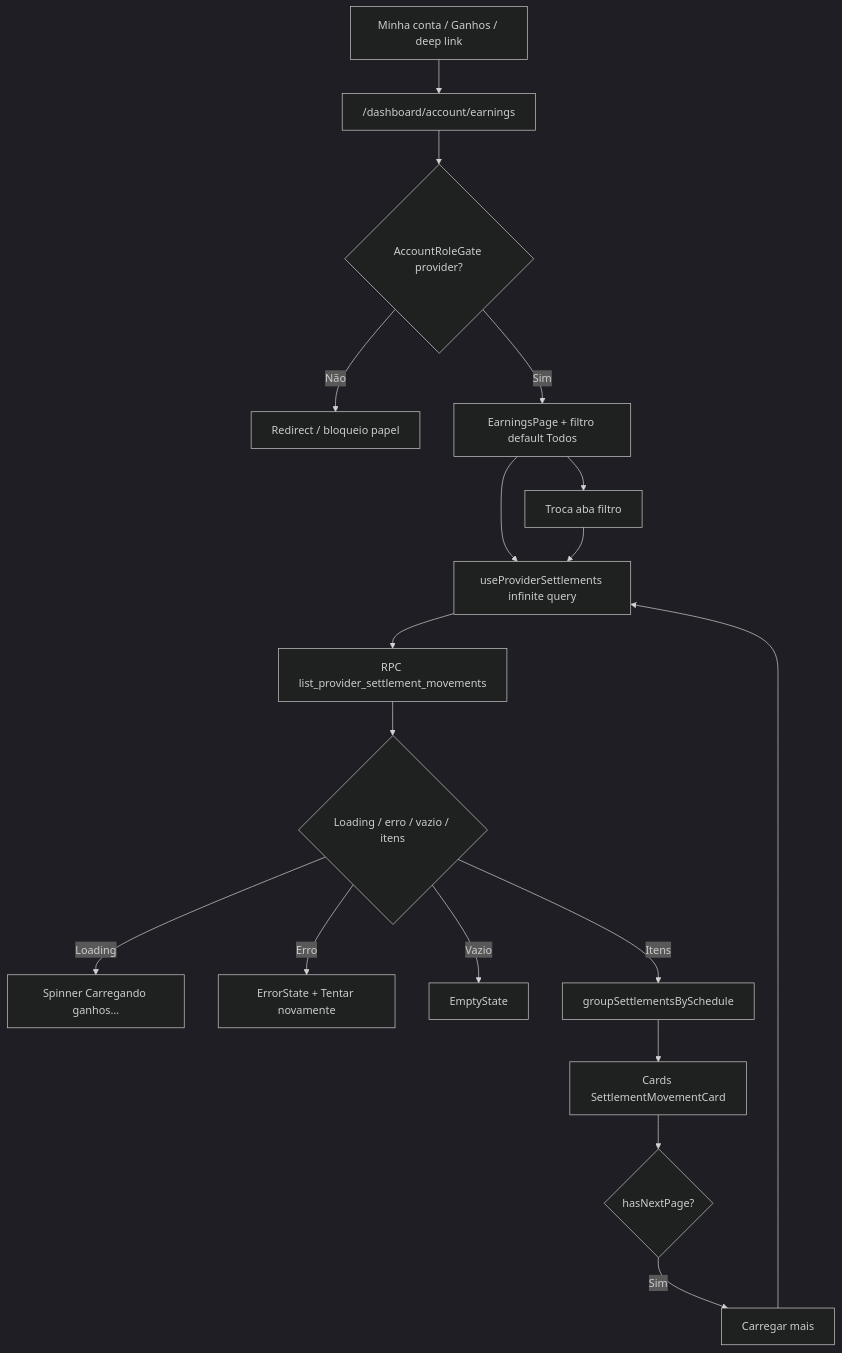
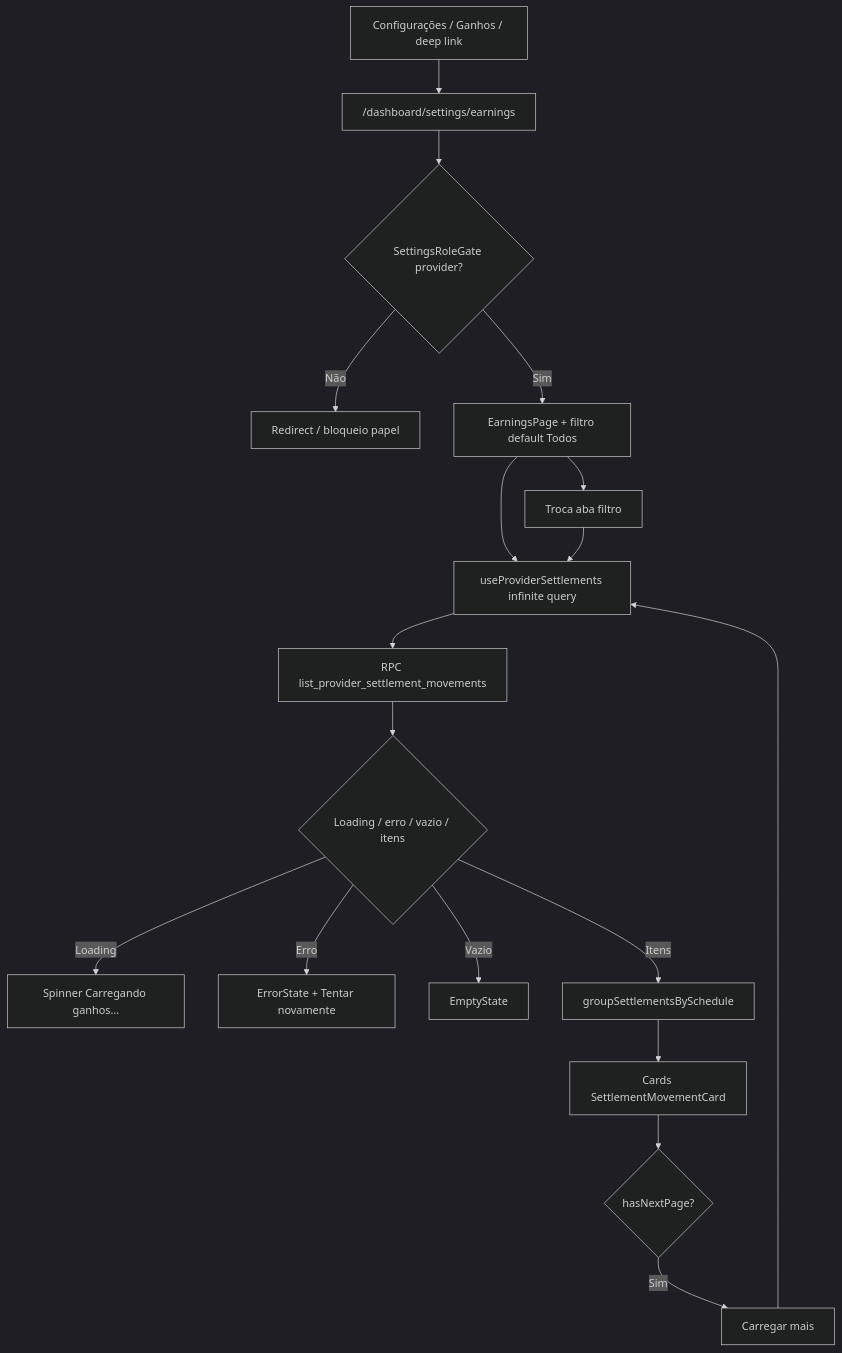
One commit to higorpo/renovi-orbit-test changed the diagram in docs/business/modulos/provider-earnings/features/ganhos-e-liquidacoes.md. Above: the diagram before and after it, drawn with Mermaid (dark theme). The commit also changed other lines of this file and 195 other files, not shown here.

First line of the commit message:
Refactor account management to settings hub

````diff
--- a/docs/business/modulos/provider-earnings/features/ganhos-e-liquidacoes.md
+++ b/docs/business/modulos/provider-earnings/features/ganhos-e-liquidacoes.md
@@ -57,20 +57,20 @@
 ```mermaid
 flowchart TD
-  A[Minha conta / Ganhos / deep link] --> B["/dashboard/account/earnings"]
-  B --> C{AccountRoleGate provider?}
+  A[Configurações / Ganhos / deep link] --> B["/dashboard/settings/earnings"]
+  B --> C{SettingsRoleGate provider?}
   C -->|Não| D[Redirect / bloqueio papel]
   C -->|Sim| E[EarningsPage + filtro default Todos]
   E --> F[useProviderSettlements infinite query]
   F --> G["RPC list_provider_settlement_movements"]
   G --> H{Loading / erro / vazio / itens}
   H -->|Loading| I[Spinner Carregando ganhos…]
   H -->|Erro| J[ErrorState + Tentar novamente]
   H -->|Vazio| K[EmptyState]
   H -->|Itens| L[groupSettlementsBySchedule]
   L --> M[Cards SettlementMovementCard]
   M --> N{hasNextPage?}
   N -->|Sim| O[Carregar mais]
   O --> F
   E --> P[Troca aba filtro]
   P --> F
 ```
````
